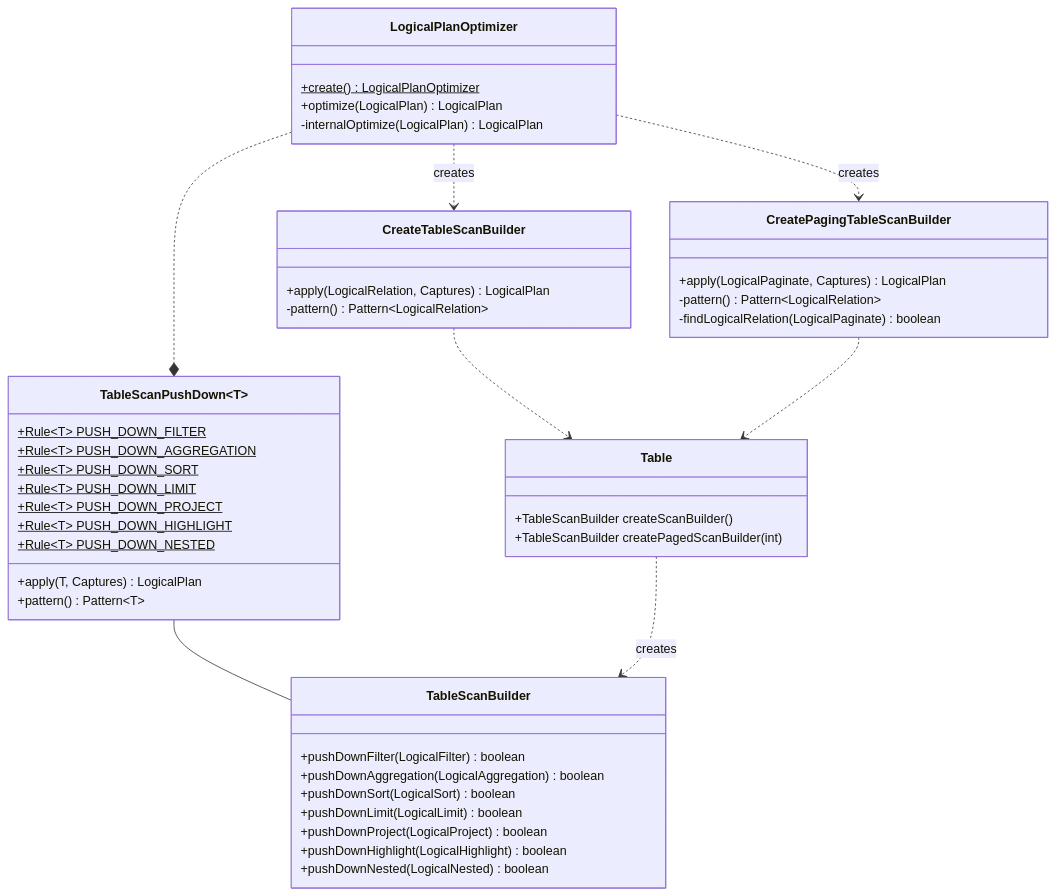
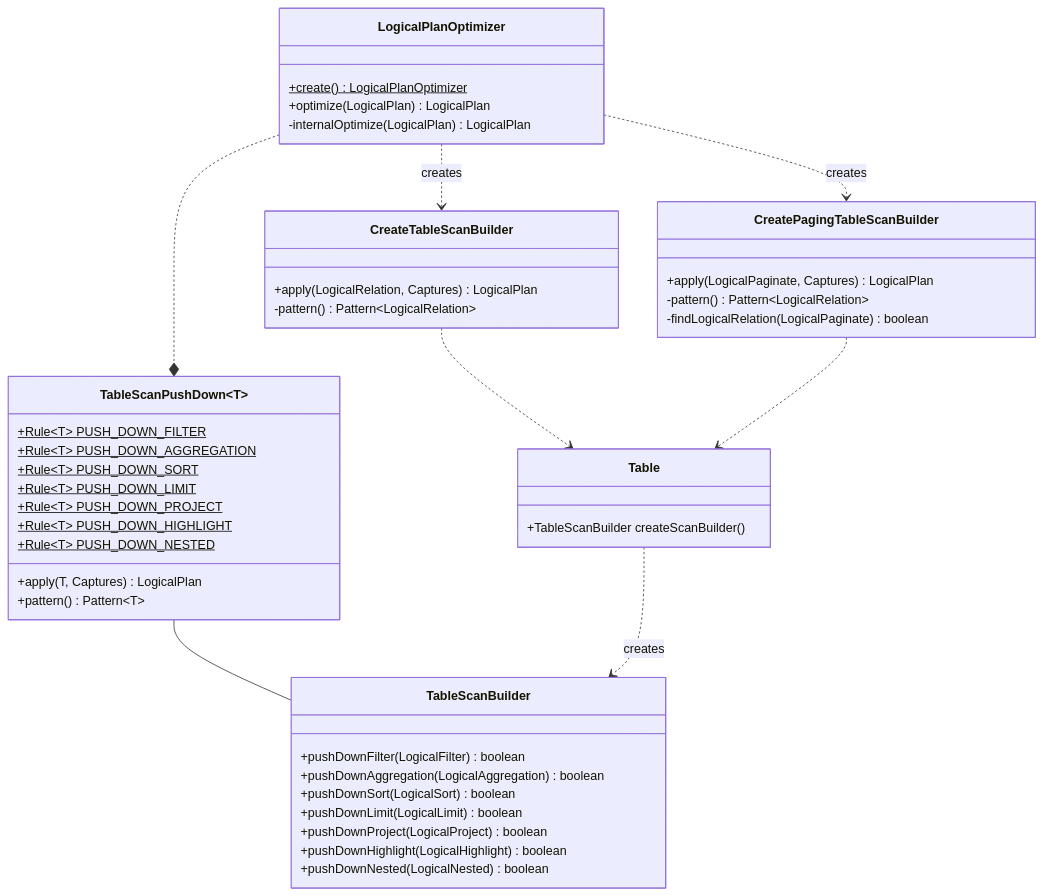
Before and after one commit to opensearch-project/sql: the second of 2 diagrams in docs/dev/query-optimizer-improvement.md, drawn with Mermaid. The commit also changed other lines of this file and 18 other files, not shown here.

````diff
--- a/docs/dev/query-optimizer-improvement.md
+++ b/docs/dev/query-optimizer-improvement.md
@@ -144,48 +141,47 @@
 ```mermaid
 classDiagram
   class LogicalPlanOptimizer {
     +create()$ LogicalPlanOptimizer
     +optimize(LogicalPlan) LogicalPlan
     -internalOptimize(LogicalPlan) LogicalPlan
   }
   class CreateTableScanBuilder {
     +apply(LogicalRelation, Captures) LogicalPlan
     -pattern() Pattern~LogicalRelation~
   }
   class CreatePagingTableScanBuilder {
     +apply(LogicalPaginate, Captures) LogicalPlan
     -pattern() Pattern~LogicalRelation~
     -findLogicalRelation(LogicalPaginate) boolean
   }
   class Table {
     +TableScanBuilder createScanBuilder()
-    +TableScanBuilder createPagedScanBuilder(int)
   }
   class TableScanPushDown~T~ {
     +Rule~T~ PUSH_DOWN_FILTER$
     +Rule~T~ PUSH_DOWN_AGGREGATION$
     +Rule~T~ PUSH_DOWN_SORT$
     +Rule~T~ PUSH_DOWN_LIMIT$
     +Rule~T~ PUSH_DOWN_PROJECT$
     +Rule~T~ PUSH_DOWN_HIGHLIGHT$
     +Rule~T~ PUSH_DOWN_NESTED$
     +apply(T, Captures) LogicalPlan
     +pattern() Pattern~T~
   }
   class TableScanBuilder {
     +pushDownFilter(LogicalFilter) boolean
     +pushDownAggregation(LogicalAggregation) boolean
     +pushDownSort(LogicalSort) boolean
     +pushDownLimit(LogicalLimit) boolean
     +pushDownProject(LogicalProject) boolean
     +pushDownHighlight(LogicalHighlight) boolean
     +pushDownNested(LogicalNested) boolean
   }
   TableScanPushDown~T~ -- TableScanBuilder
   LogicalPlanOptimizer ..> CreateTableScanBuilder : creates
   LogicalPlanOptimizer ..> CreatePagingTableScanBuilder : creates
   CreateTableScanBuilder ..> Table
   CreatePagingTableScanBuilder ..> Table
   LogicalPlanOptimizer ..* TableScanPushDown~T~
   Table ..> TableScanBuilder : creates
 ```
````
